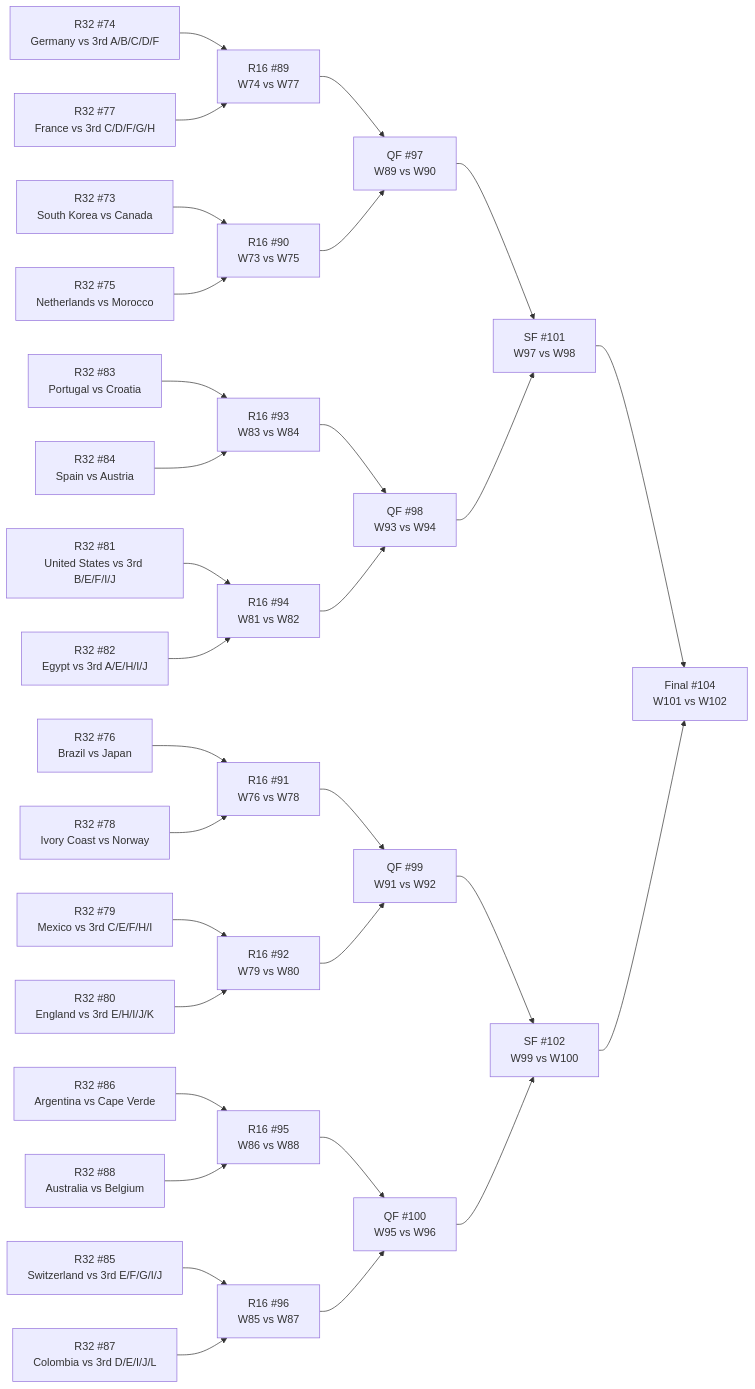
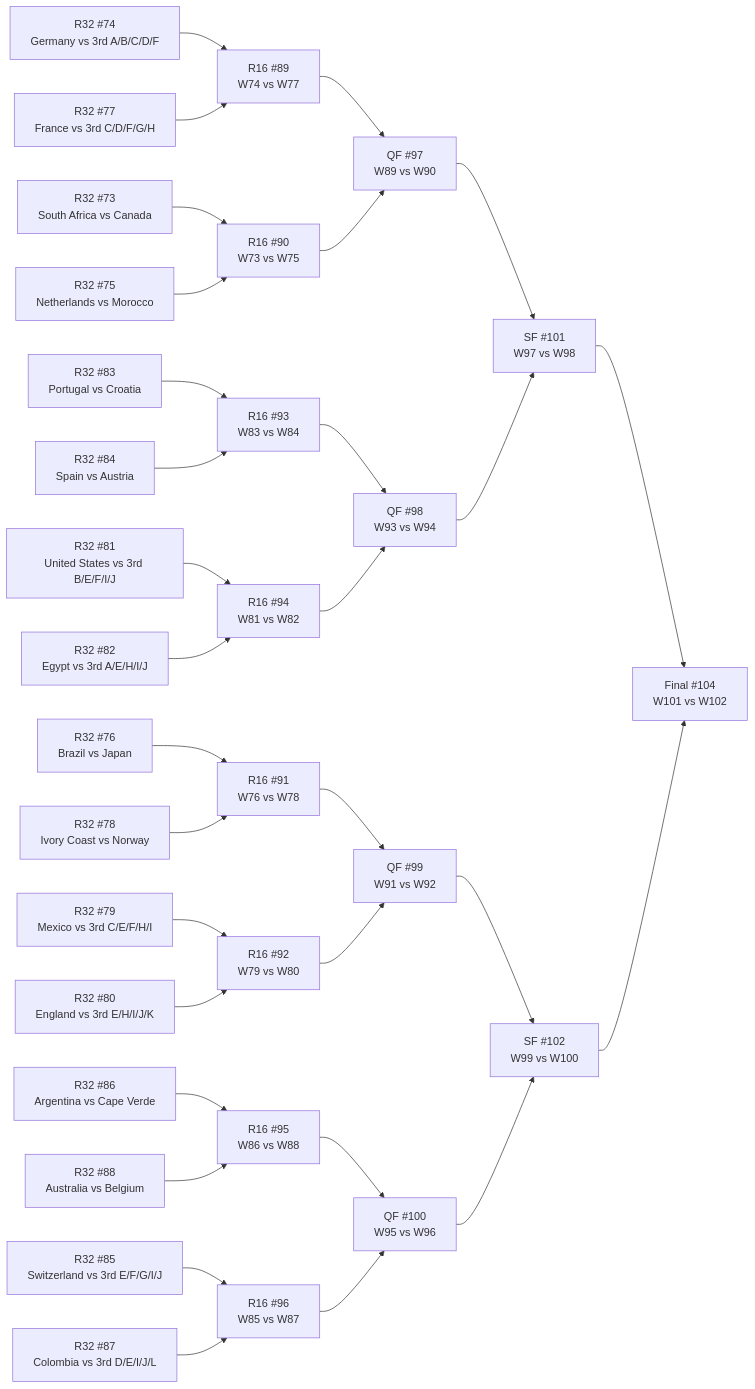
Before and after one commit to Tutai-Tran/WC-2026-predictor: the diagram in WC vault/_bracket.md, drawn with Mermaid. The commit also changed 97 other files, not shown here.

````diff
--- a/WC vault/_bracket.md
+++ b/WC vault/_bracket.md
@@ -11,64 +11,64 @@
 ```mermaid
 flowchart LR
-  M73["R32 #73<br>South Korea vs Canada"]
+  M73["R32 #73<br>South Africa vs Canada"]
   M74["R32 #74<br>Germany vs 3rd A/B/C/D/F"]
   M75["R32 #75<br>Netherlands vs Morocco"]
   M76["R32 #76<br>Brazil vs Japan"]
   M77["R32 #77<br>France vs 3rd C/D/F/G/H"]
   M78["R32 #78<br>Ivory Coast vs Norway"]
   M79["R32 #79<br>Mexico vs 3rd C/E/F/H/I"]
   M80["R32 #80<br>England vs 3rd E/H/I/J/K"]
   M81["R32 #81<br>United States vs 3rd B/E/F/I/J"]
   M82["R32 #82<br>Egypt vs 3rd A/E/H/I/J"]
   M83["R32 #83<br>Portugal vs Croatia"]
   M84["R32 #84<br>Spain vs Austria"]
   M85["R32 #85<br>Switzerland vs 3rd E/F/G/I/J"]
   M86["R32 #86<br>Argentina vs Cape Verde"]
   M87["R32 #87<br>Colombia vs 3rd D/E/I/J/L"]
   M88["R32 #88<br>Australia vs Belgium"]
   M89["R16 #89<br>W74 vs W77"]
   M90["R16 #90<br>W73 vs W75"]
   M91["R16 #91<br>W76 vs W78"]
   M92["R16 #92<br>W79 vs W80"]
   M93["R16 #93<br>W83 vs W84"]
   M94["R16 #94<br>W81 vs W82"]
   M95["R16 #95<br>W86 vs W88"]
   M96["R16 #96<br>W85 vs W87"]
   M97["QF #97<br>W89 vs W90"]
   M98["QF #98<br>W93 vs W94"]
   M99["QF #99<br>W91 vs W92"]
   M100["QF #100<br>W95 vs W96"]
   M101["SF #101<br>W97 vs W98"]
   M102["SF #102<br>W99 vs W100"]
   M104["Final #104<br>W101 vs W102"]
   M74 --> M89
   M77 --> M89
   M73 --> M90
   M75 --> M90
   M76 --> M91
   M78 --> M91
   M79 --> M92
   M80 --> M92
   M83 --> M93
   M84 --> M93
   M81 --> M94
   M82 --> M94
   M86 --> M95
   M88 --> M95
   M85 --> M96
   M87 --> M96
   M89 --> M97
   M90 --> M97
   M93 --> M98
   M94 --> M98
   M91 --> M99
   M92 --> M99
   M95 --> M100
   M96 --> M100
   M97 --> M101
   M98 --> M101
   M99 --> M102
   M100 --> M102
   M101 --> M104
   M102 --> M104
 ```
````
